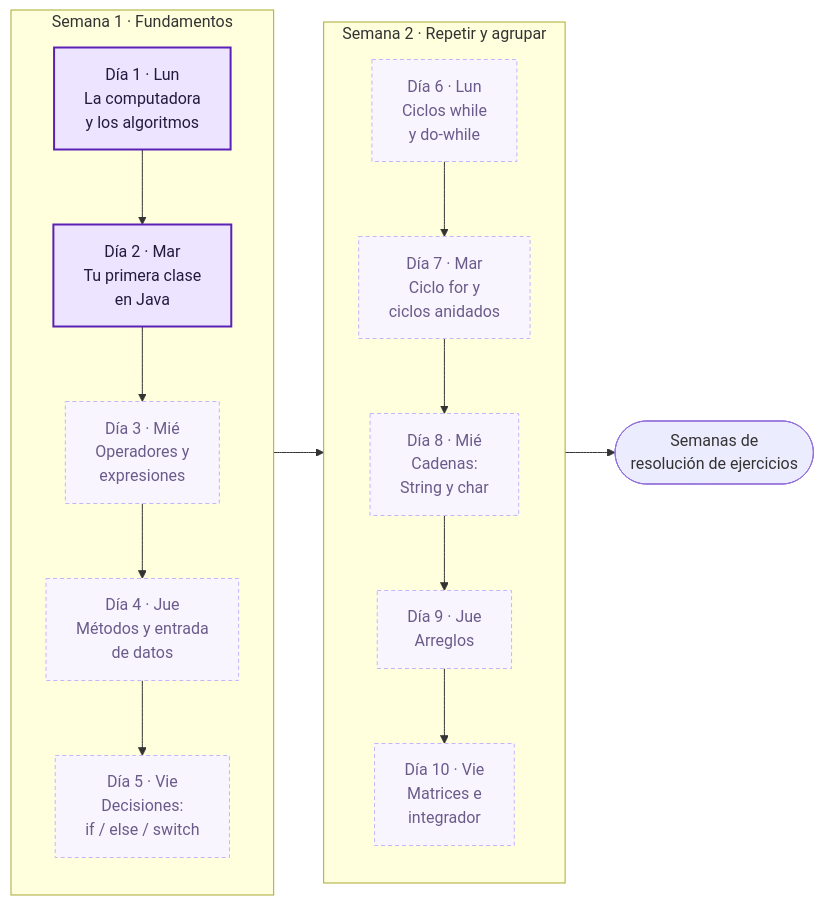
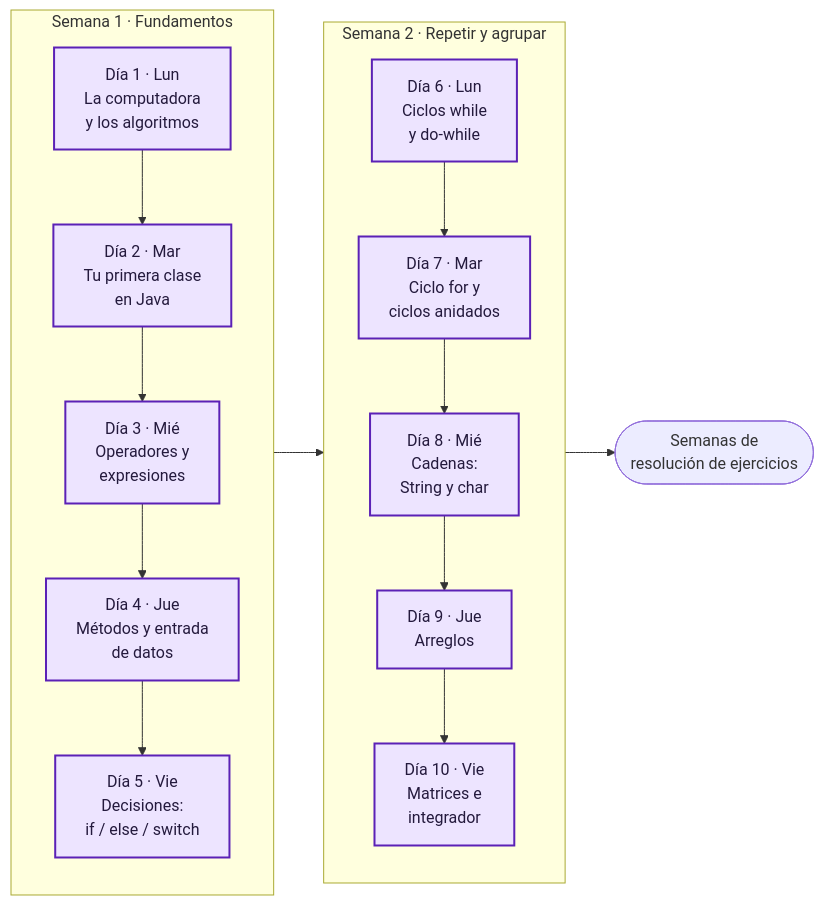
Before and after one commit to 4drianC4/ProgramacionDesde0: the diagram in README.md, drawn with Mermaid. The commit also changed other lines of this file and 12 other files, not shown here.

````diff
--- a/README.md
+++ b/README.md
@@ -20,23 +20,21 @@
 ```mermaid
 flowchart LR
     subgraph S1["Semana 1 · Fundamentos"]
         direction TB
         D1["Día 1 · Lun<br/>La computadora<br/>y los algoritmos"] --> D2["Día 2 · Mar<br/>Tu primera clase<br/>en Java"]
         D2 --> D3["Día 3 · Mié<br/>Operadores y<br/>expresiones"]
         D3 --> D4["Día 4 · Jue<br/>Métodos y entrada<br/>de datos"]
         D4 --> D5["Día 5 · Vie<br/>Decisiones:<br/>if / else / switch"]
     end
     subgraph S2["Semana 2 · Repetir y agrupar"]
         direction TB
         D6["Día 6 · Lun<br/>Ciclos while<br/>y do-while"] --> D7["Día 7 · Mar<br/>Ciclo for y<br/>ciclos anidados"]
         D7 --> D8["Día 8 · Mié<br/>Cadenas:<br/>String y char"]
         D8 --> D9["Día 9 · Jue<br/>Arreglos"]
         D9 --> D10["Día 10 · Vie<br/>Matrices e<br/>integrador"]
     end
     S1 --> S2 --> E(["Semanas de<br/>resolución de ejercicios"])
 
     classDef listo fill:#ede4ff,stroke:#5b21b6,stroke-width:2px,color:#241a3d
-    classDef pronto fill:#f8f5ff,stroke:#c4b5fd,stroke-dasharray:4 3,color:#6b5b8a
-    class D1,D2 listo
-    class D3,D4,D5,D6,D7,D8,D9,D10 pronto
+    class D1,D2,D3,D4,D5,D6,D7,D8,D9,D10 listo
 ```
````
